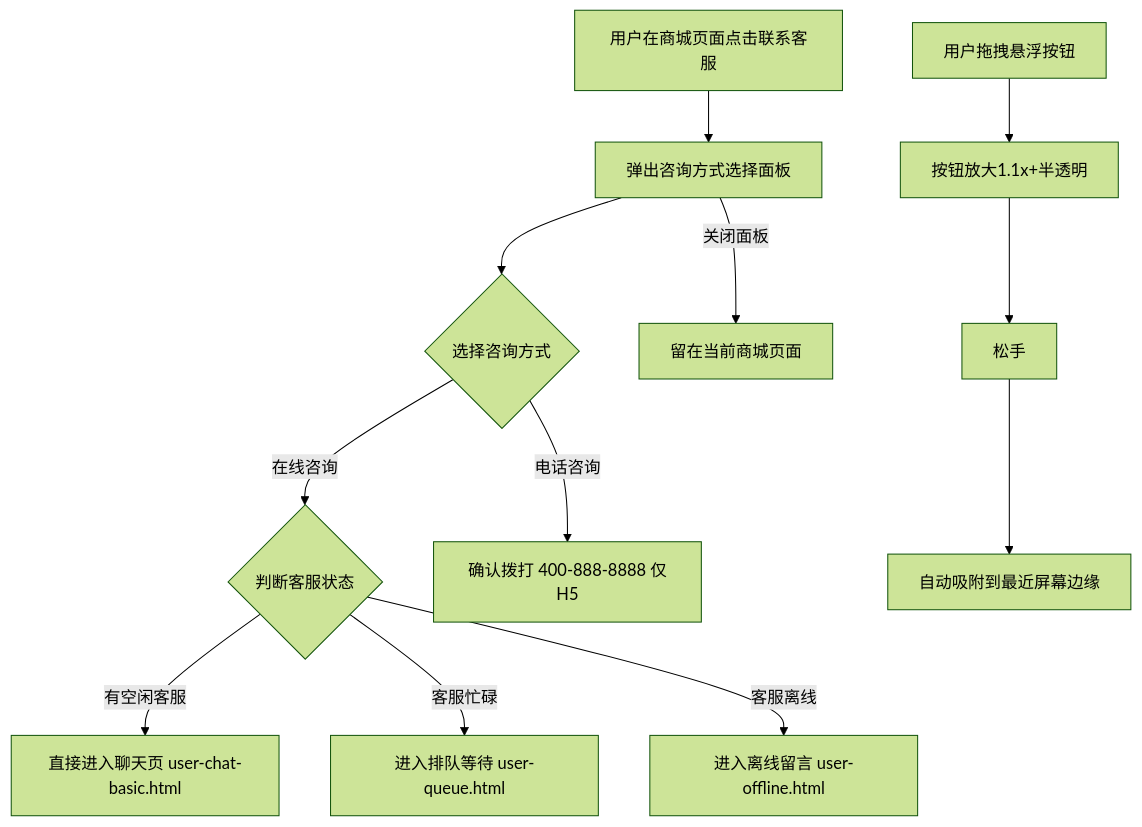
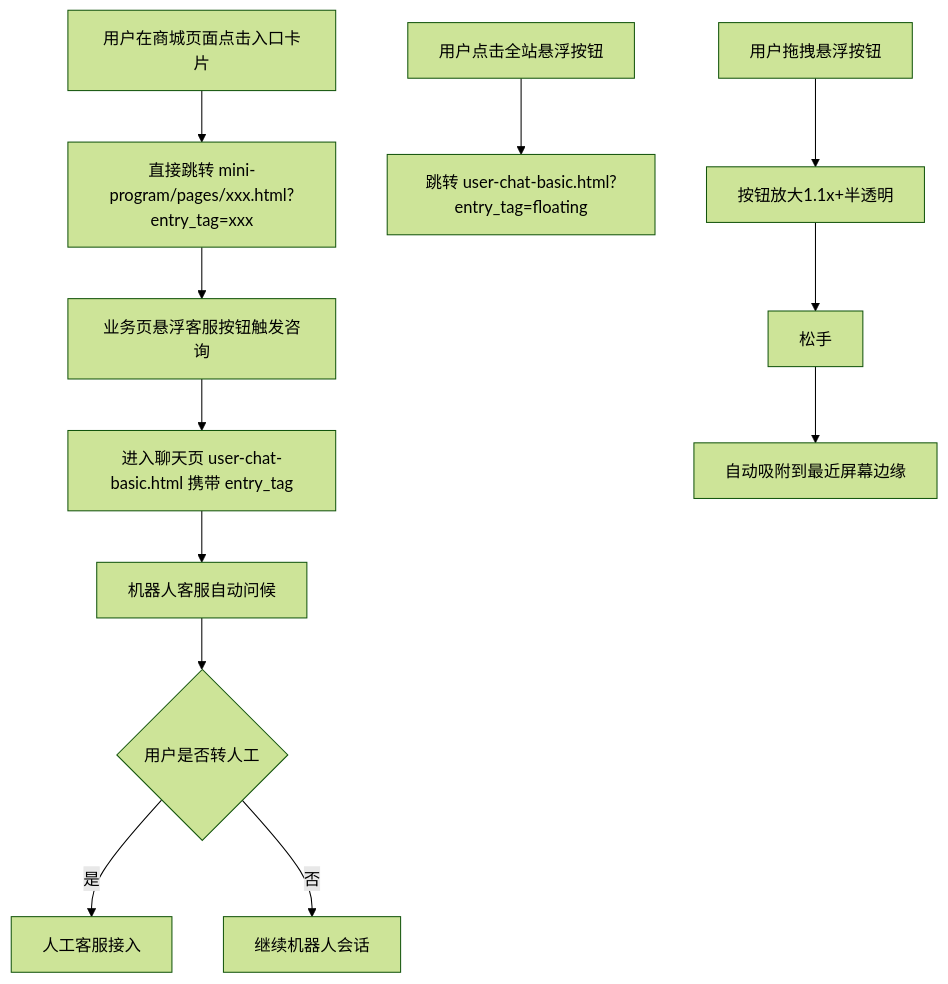
One commit to lyuxiaohei/OCS changed the diagram in prototype-cs/user/PRD/01-客服入口.md. Above: the diagram before and after it, drawn with Mermaid (forest theme). The commit also changed other lines of this file and 40 other files, not shown here.

Commit message:
feat: 卡片两端统一+订单详情+会话列表高保真+话术库+图片选择器

````diff
--- a/prototype-cs/user/PRD/01-客服入口.md
+++ b/prototype-cs/user/PRD/01-客服入口.md
@@ -94,15 +81,15 @@
 ```mermaid
 flowchart TD
-    A[用户在商城页面点击联系客服] --> B[弹出咨询方式选择面板]
-    B --> C{选择咨询方式}
-    C -->|在线咨询| D{判断客服状态}
-    D -->|有空闲客服| E[直接进入聊天页 user-chat-basic.html]
-    D -->|客服忙碌| F[进入排队等待 user-queue.html]
-    D -->|客服离线| G[进入离线留言 user-offline.html]
-    C -->|电话咨询| H[确认拨打 400-888-8888 仅H5]
-    B -->|关闭面板| I[留在当前商城页面]
+    A[用户在商城页面点击入口卡片] --> B[直接跳转 mini-program/pages/xxx.html?entry_tag=xxx]
+    B --> C[业务页悬浮客服按钮触发咨询]
+    C --> D[进入聊天页 user-chat-basic.html 携带 entry_tag]
+    D --> E[机器人客服自动问候]
+    E --> F{用户是否转人工}
+    F -->|是| G[人工客服接入]
+    F -->|否| H[继续机器人会话]
 
-    A2[用户拖拽悬浮按钮] --> A3[按钮放大1.1x+半透明]
-    A3 --> A4[松手]
-    A4 --> A5[自动吸附到最近屏幕边缘]
+    A2[用户点击全站悬浮按钮] --> A3[跳转 user-chat-basic.html?entry_tag=floating]
+    A4[用户拖拽悬浮按钮] --> A5[按钮放大1.1x+半透明]
+    A5 --> A6[松手]
+    A6 --> A7[自动吸附到最近屏幕边缘]
 ```
````
